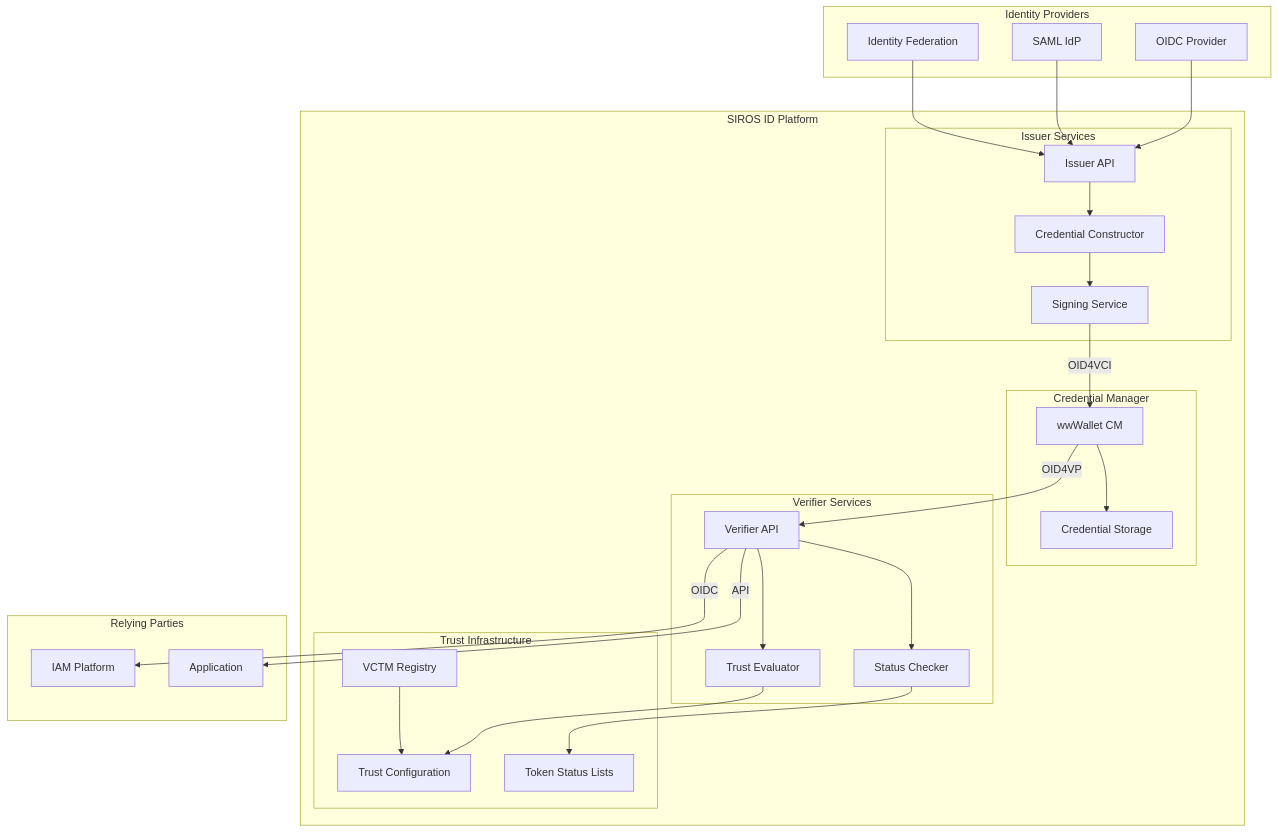
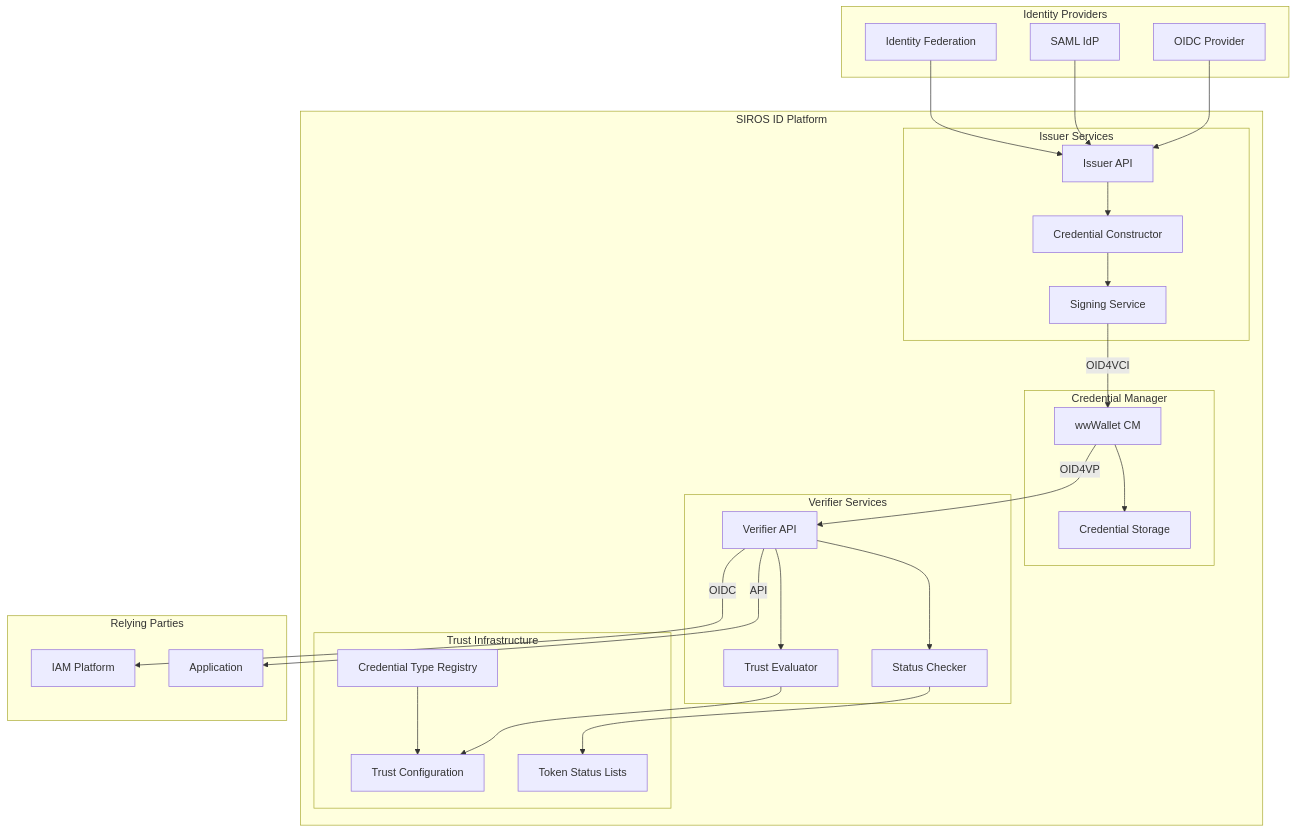
The diagram in docs/sirosid/overview/index.md (sirosfoundation/docs), drawn with Mermaid before and after one commit. The commit also changed other lines of this file and 2 other files, not shown here.

Commit message:
Rename VCTM Registry to Credential Type Registry
More generic term since the registry handles more than just VCTMs

````diff
--- a/docs/sirosid/overview/index.md
+++ b/docs/sirosid/overview/index.md
@@ -10,54 +10,54 @@
 ```mermaid
 flowchart TB
     subgraph "Identity Providers"
         IdP[OIDC Provider]
         SAML[SAML IdP]
         Federation[Identity Federation]
     end
 
     subgraph "SIROS ID Platform"
         subgraph "Issuer Services"
             IssuerAPI[Issuer API]
             CredConstructor[Credential Constructor]
             IssuerSigning[Signing Service]
         end
         
         subgraph "Credential Manager"
             Wallet[wwWallet CM]
             Storage[Credential Storage]
         end
         
         subgraph "Verifier Services"
             VerifierAPI[Verifier API]
             TrustEval[Trust Evaluator]
             StatusCheck[Status Checker]
         end
         
         subgraph "Trust Infrastructure"
             TrustConfig[Trust Configuration]
-            Registry[VCTM Registry]
+            Registry[Credential Type Registry]
             TSL[Token Status Lists]
         end
     end
 
     subgraph "Relying Parties"
         IAM[IAM Platform]
         App[Application]
     end
 
     IdP --> IssuerAPI
     SAML --> IssuerAPI
     Federation --> IssuerAPI
     IssuerAPI --> CredConstructor
     CredConstructor --> IssuerSigning
     IssuerSigning -->|OID4VCI| Wallet
     Wallet --> Storage
     Wallet -->|OID4VP| VerifierAPI
     VerifierAPI --> TrustEval
     VerifierAPI --> StatusCheck
     TrustEval --> TrustConfig
     StatusCheck --> TSL
     Registry --> TrustConfig
     VerifierAPI -->|OIDC| IAM
     VerifierAPI -->|API| App
 ```
````
